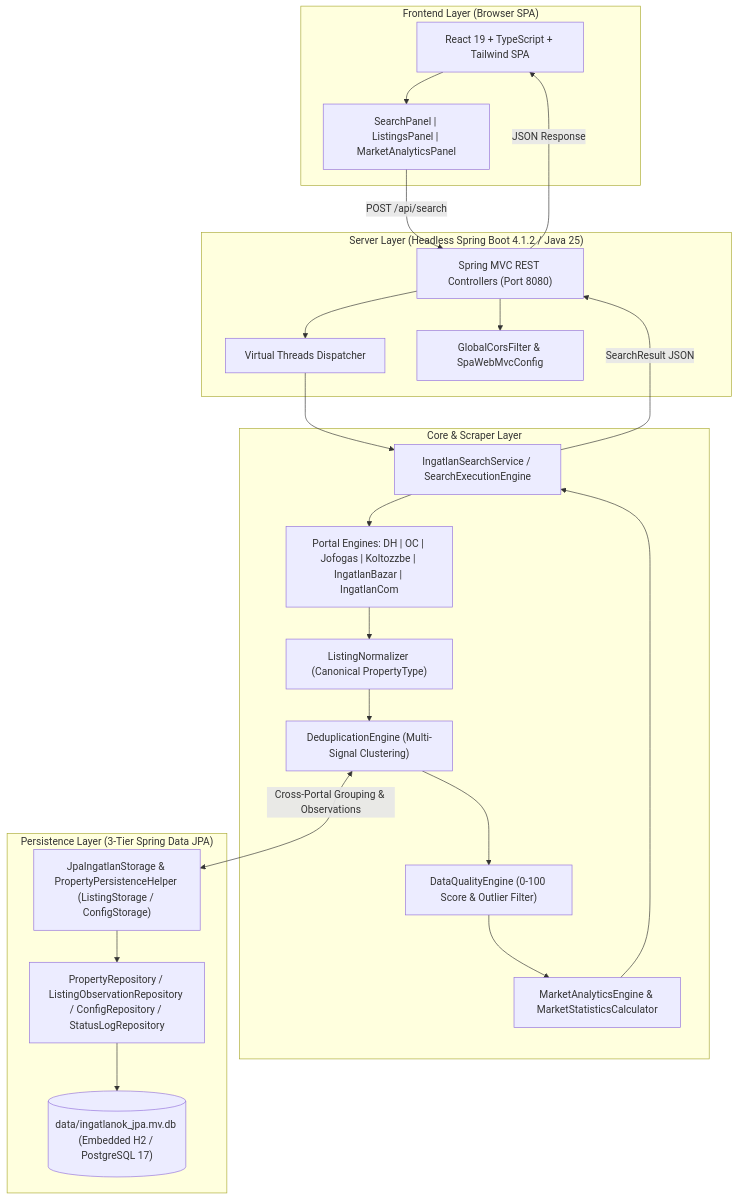
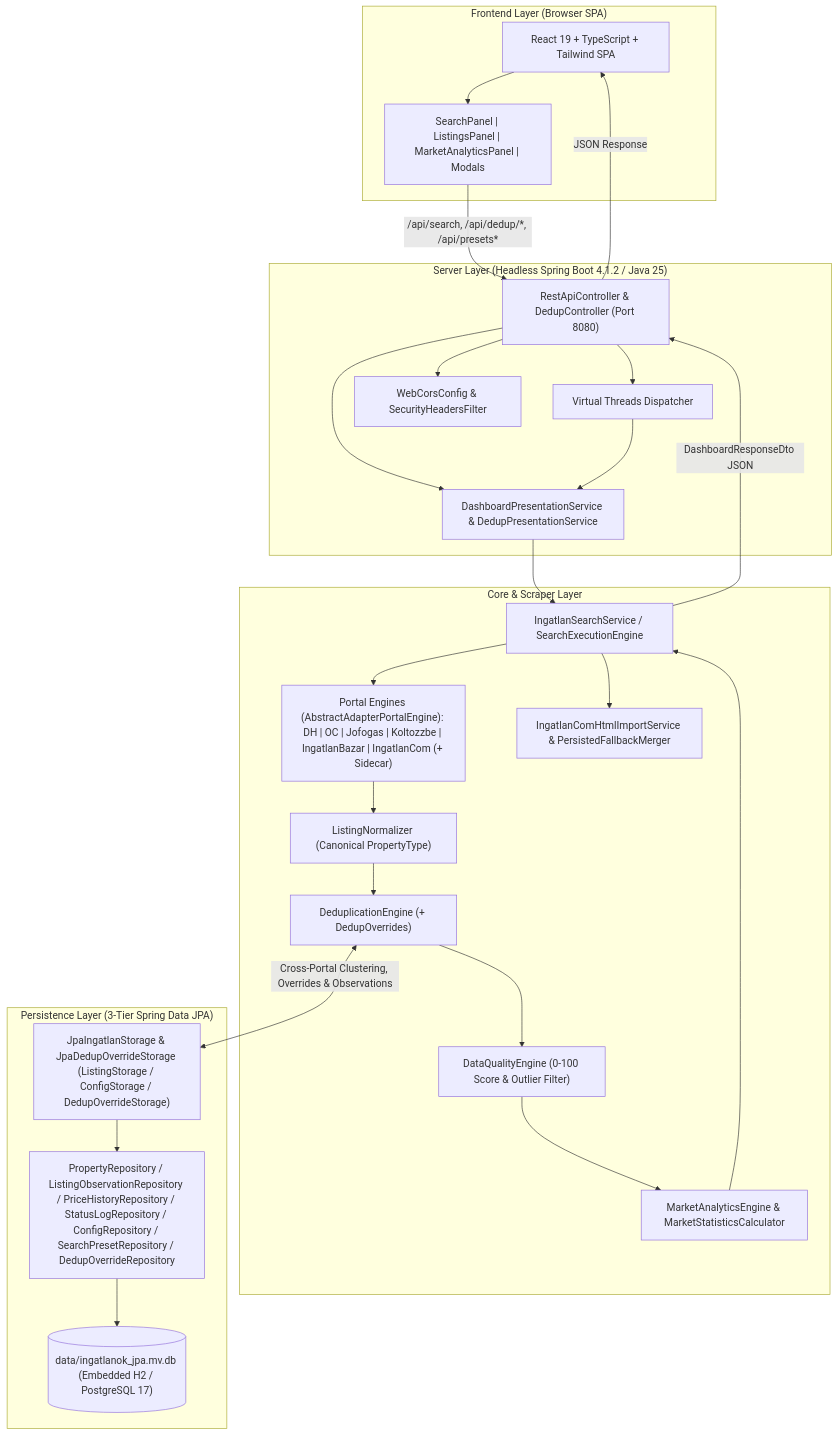
The diagram in gemini.md (Luxeonn/ingatlan-kereso), drawn with Mermaid before and after one commit. The commit also changed other lines of this file and 20 other files, not shown here.

````diff
--- a/gemini.md
+++ b/gemini.md
@@ -11,38 +11,41 @@
 ```mermaid
 flowchart TD
     subgraph UI ["Frontend Layer (Browser SPA)"]
         SPA["React 19 + TypeScript + Tailwind SPA"]
-        Panels["SearchPanel | ListingsPanel | MarketAnalyticsPanel"]
+        Panels["SearchPanel | ListingsPanel | MarketAnalyticsPanel | Modals"]
         SPA --> Panels
     end
 
     subgraph Server ["Server Layer (Headless Spring Boot 4.1.2 / Java 25)"]
-        HTTP["Spring MVC REST Controllers (Port 8080)"]
+        HTTP["RestApiController & DedupController (Port 8080)"]
+        Pres["DashboardPresentationService & DedupPresentationService"]
         VThread["Virtual Threads Dispatcher"]
-        Cors["GlobalCorsFilter & SpaWebMvcConfig"]
-        HTTP --> VThread & Cors
+        Cors["WebCorsConfig & SecurityHeadersFilter"]
+        HTTP --> VThread & Cors & Pres
     end
 
     subgraph Service ["Core & Scraper Layer"]
         Orchestrator["IngatlanSearchService / SearchExecutionEngine"]
         Normalizer["ListingNormalizer (Canonical PropertyType)"]
-        Portals["Portal Engines: DH | OC | Jofogas | Koltozzbe | IngatlanBazar | IngatlanCom"]
+        Portals["Portal Engines (AbstractAdapterPortalEngine): DH | OC | Jofogas | Koltozzbe | IngatlanBazar | IngatlanCom (+ Sidecar)"]
+        Import["IngatlanComHtmlImportService & PersistedFallbackMerger"]
         Quality["DataQualityEngine (0-100 Score & Outlier Filter)"]
         Analytics["MarketAnalyticsEngine & MarketStatisticsCalculator"]
-        Dedup["DeduplicationEngine (Multi-Signal Clustering)"]
-        
+        Dedup["DeduplicationEngine (+ DedupOverrides)"]
+
         Orchestrator --> Portals --> Normalizer --> Dedup --> Quality --> Analytics
+        Orchestrator --> Import
     end
 
     subgraph Persistence ["Persistence Layer (3-Tier Spring Data JPA)"]
-        Storage["JpaIngatlanStorage & PropertyPersistenceHelper (ListingStorage / ConfigStorage)"]
-        Repo["PropertyRepository / ListingObservationRepository / ConfigRepository / StatusLogRepository"]
+        Storage["JpaIngatlanStorage & JpaDedupOverrideStorage (ListingStorage / ConfigStorage / DedupOverrideStorage)"]
+        Repo["PropertyRepository / ListingObservationRepository / PriceHistoryRepository / StatusLogRepository / ConfigRepository / SearchPresetRepository / DedupOverrideRepository"]
         H2[("data/ingatlanok_jpa.mv.db (Embedded H2 / PostgreSQL 17)")]
         Storage --> Repo --> H2
     end
 
-    Panels -->|POST /api/search| HTTP
-    VThread --> Orchestrator
-    Dedup <-->|Cross-Portal Grouping & Observations| Storage
-    Analytics --> Orchestrator -->|SearchResult JSON| HTTP -->|JSON Response| SPA
+    Panels -->|"/api/search, /api/dedup/*, /api/presets*"| HTTP
+    VThread --> Pres --> Orchestrator
+    Dedup <-->|"Cross-Portal Clustering, Overrides & Observations"| Storage
+    Analytics --> Orchestrator -->|DashboardResponseDto JSON| HTTP -->|JSON Response| SPA
 ```
````
